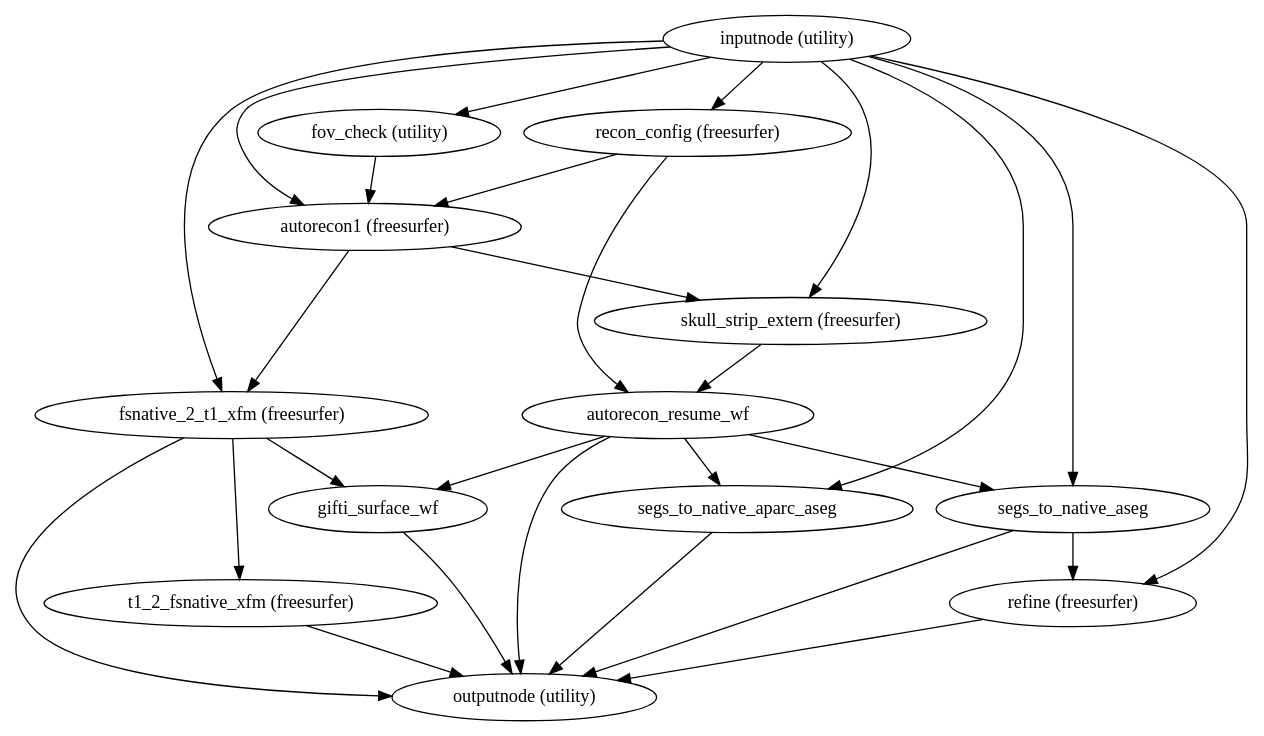
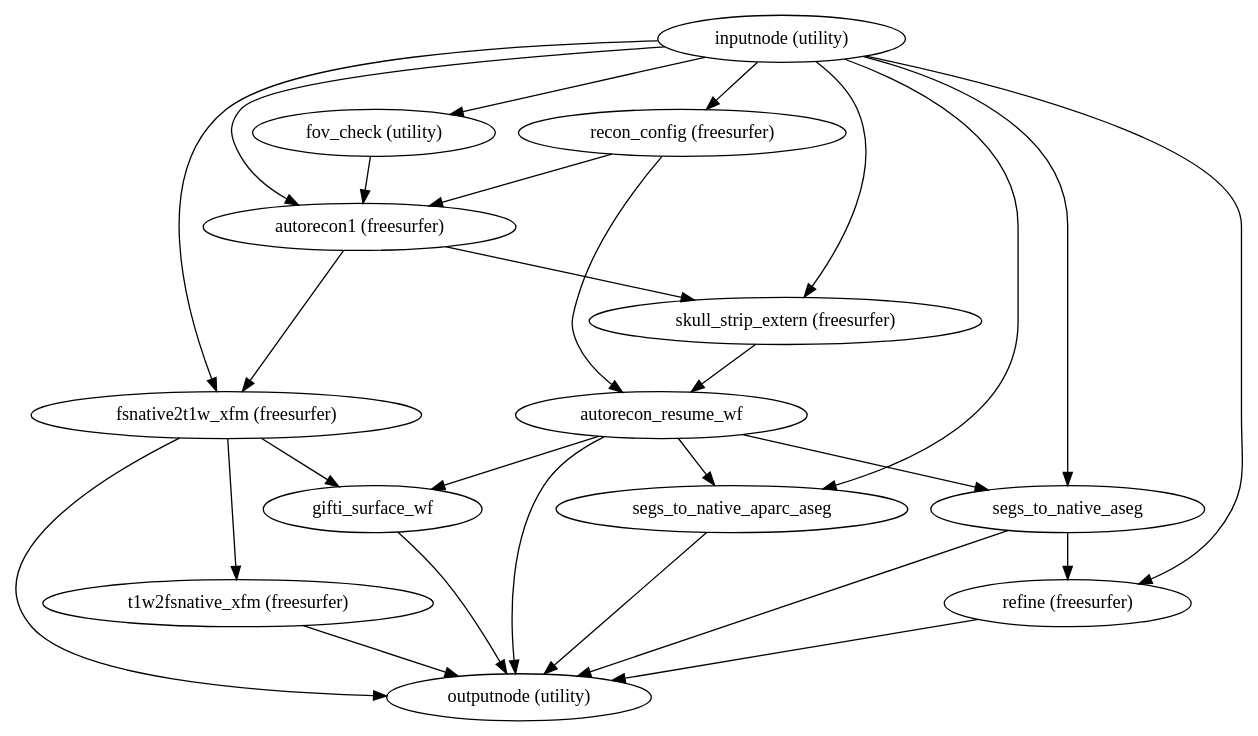
Before and after one commit to nuKs/smriprep: the diagram in ci_doc_deploy/wf_directive/api/surface_recon_wf/smriprep-workflows-surfaces-1.dot, drawn with Graphviz. The commit also changed 1676 other files, not shown here.

```diff
--- a/ci_doc_deploy/wf_directive/api/surface_recon_wf/smriprep-workflows-surfaces-1.dot
+++ b/ci_doc_deploy/wf_directive/api/surface_recon_wf/smriprep-workflows-surfaces-1.dot
@@ -1,42 +1,42 @@
 strict digraph  {
 "inputnode (utility)";
 "recon_config (freesurfer)";
 "autorecon1 (freesurfer)";
 "fov_check (utility)";
 "skull_strip_extern (freesurfer)";
-"fsnative_2_t1_xfm (freesurfer)";
+"fsnative2t1w_xfm (freesurfer)";
 "refine (freesurfer)";
 segs_to_native_aseg;
 segs_to_native_aparc_aseg;
 autorecon_resume_wf;
 gifti_surface_wf;
 "outputnode (utility)";
-"t1_2_fsnative_xfm (freesurfer)";
+"t1w2fsnative_xfm (freesurfer)";
 "inputnode (utility)" -> "recon_config (freesurfer)";
 "inputnode (utility)" -> "autorecon1 (freesurfer)";
 "inputnode (utility)" -> "fov_check (utility)";
 "inputnode (utility)" -> "skull_strip_extern (freesurfer)";
-"inputnode (utility)" -> "fsnative_2_t1_xfm (freesurfer)";
+"inputnode (utility)" -> "fsnative2t1w_xfm (freesurfer)";
 "inputnode (utility)" -> "refine (freesurfer)";
 "inputnode (utility)" -> segs_to_native_aseg;
 "inputnode (utility)" -> segs_to_native_aparc_aseg;
 "recon_config (freesurfer)" -> "autorecon1 (freesurfer)";
 "recon_config (freesurfer)" -> autorecon_resume_wf;
 "autorecon1 (freesurfer)" -> "skull_strip_extern (freesurfer)";
-"autorecon1 (freesurfer)" -> "fsnative_2_t1_xfm (freesurfer)";
+"autorecon1 (freesurfer)" -> "fsnative2t1w_xfm (freesurfer)";
 "fov_check (utility)" -> "autorecon1 (freesurfer)";
 "skull_strip_extern (freesurfer)" -> autorecon_resume_wf;
-"fsnative_2_t1_xfm (freesurfer)" -> gifti_surface_wf;
-"fsnative_2_t1_xfm (freesurfer)" -> "t1_2_fsnative_xfm (freesurfer)";
-"fsnative_2_t1_xfm (freesurfer)" -> "outputnode (utility)";
+"fsnative2t1w_xfm (freesurfer)" -> gifti_surface_wf;
+"fsnative2t1w_xfm (freesurfer)" -> "t1w2fsnative_xfm (freesurfer)";
+"fsnative2t1w_xfm (freesurfer)" -> "outputnode (utility)";
 "refine (freesurfer)" -> "outputnode (utility)";
 segs_to_native_aseg -> "refine (freesurfer)";
 segs_to_native_aseg -> "outputnode (utility)";
 segs_to_native_aparc_aseg -> "outputnode (utility)";
 autorecon_resume_wf -> gifti_surface_wf;
 autorecon_resume_wf -> segs_to_native_aseg;
 autorecon_resume_wf -> segs_to_native_aparc_aseg;
 autorecon_resume_wf -> "outputnode (utility)";
 gifti_surface_wf -> "outputnode (utility)";
-"t1_2_fsnative_xfm (freesurfer)" -> "outputnode (utility)";
+"t1w2fsnative_xfm (freesurfer)" -> "outputnode (utility)";
 }
```
